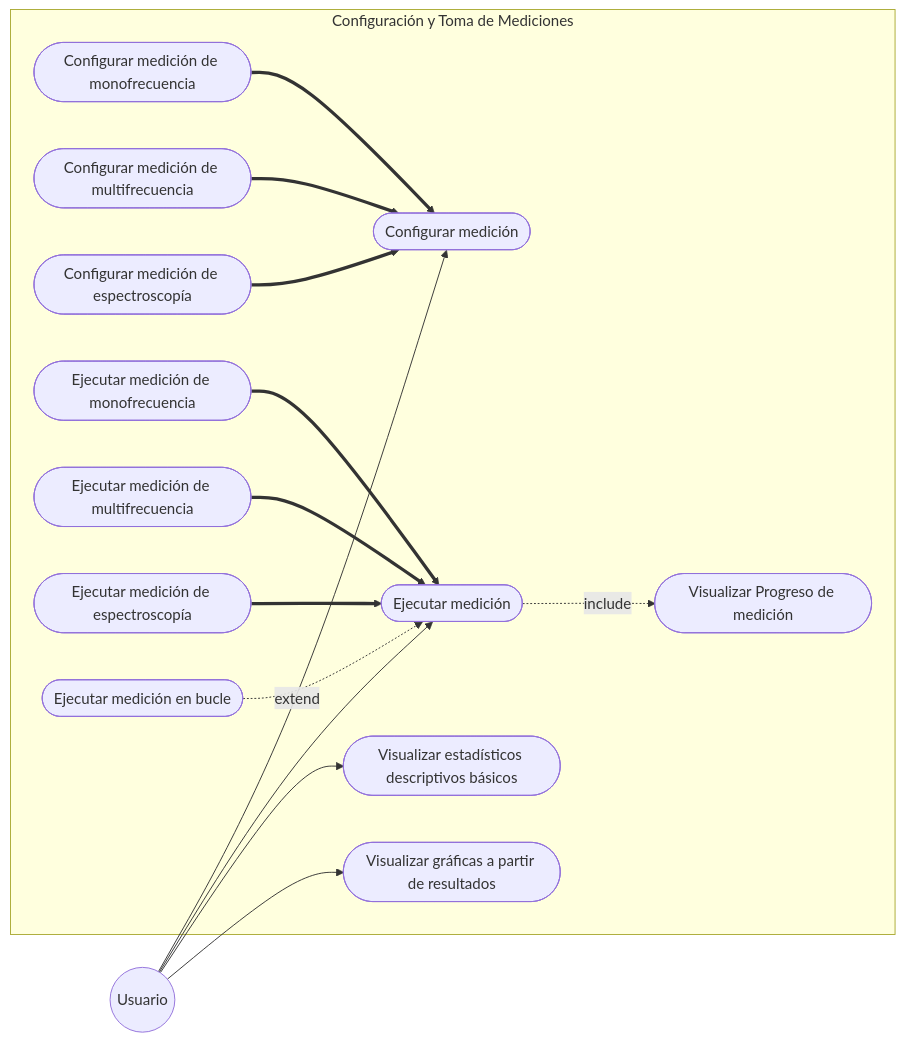
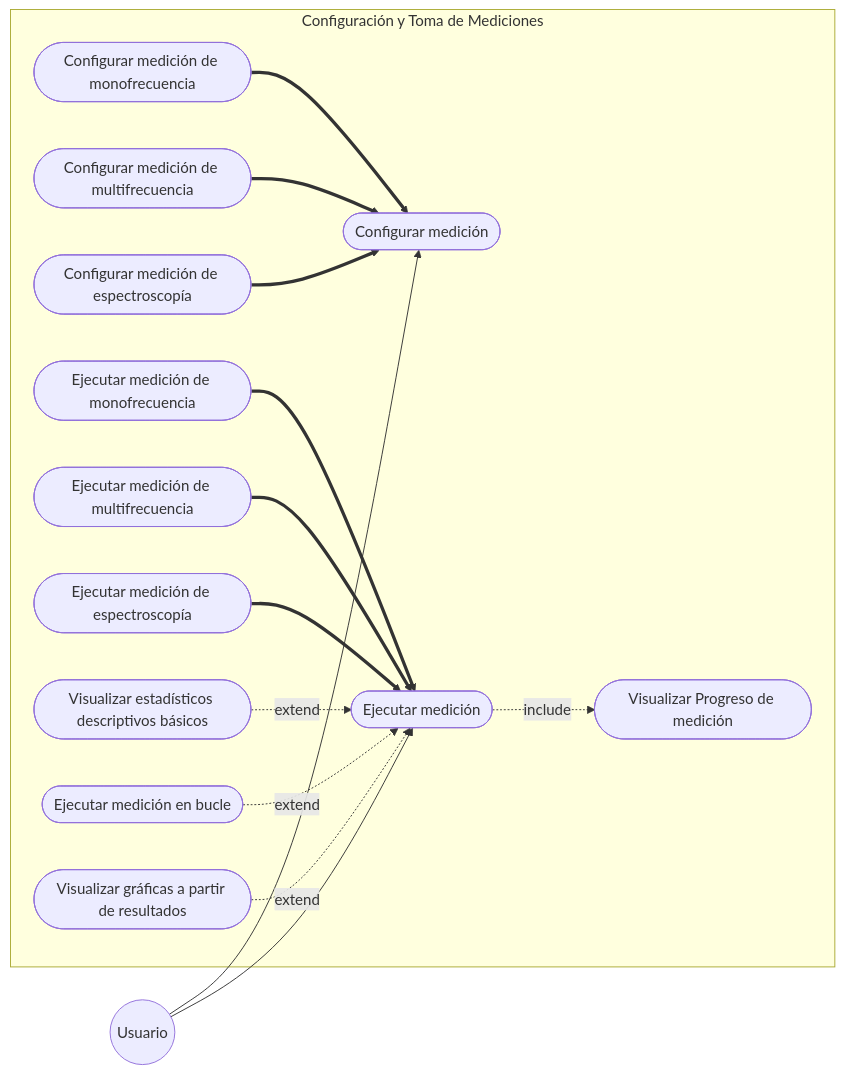
Before and after one commit to alegrelias/Repo-GMini: the third of 5 diagrams in Gmini-MarkDown/Diagramas/Diagramas de CU.md, drawn with Mermaid. The commit also changed other lines of this file, not shown here.

Commit message:
Se modifican diagramas de CU

````diff
--- a/Gmini-MarkDown/Diagramas/Diagramas de CU.md
+++ b/Gmini-MarkDown/Diagramas/Diagramas de CU.md
@@ -46,39 +46,39 @@
 ```mermaid
 flowchart LR
 %% Actores
 Usuario((Usuario))
 
 subgraph Configuración y Toma de Mediciones
 	CU1([Configurar medición])
 	CU2([Configurar medición de monofrecuencia])
 	CU3([Configurar medición de multifrecuencia])
 	CU4([Configurar medición de espectroscopía])
 	CU5([Ejecutar medición])
 	CU6([Ejecutar medición de monofrecuencia])
 	CU7([Ejecutar medición de multifrecuencia])
 	CU8([Ejecutar medición de espectroscopía])
 	CU9([Visualizar Progreso de medición])
 	CU10([Visualizar estadísticos descriptivos básicos])
 	CU11([Ejecutar medición en bucle])
 	CU12([Visualizar gráficas a partir de resultados])
 end
 
 %% Generalización
 CU2 ==> CU1
 CU3 ==> CU1
 CU4 ==> CU1
 CU6 ==> CU5
 CU7 ==> CU5
 CU8 ==> CU5
 
 
 %% Asociaciones
 Usuario --> CU1
 Usuario --> CU5
-Usuario --> CU10
-Usuario --> CU12
 
 %% Relaciones Include/Extend
 CU5 -.include.-> CU9
+CU10 -.extend.-> CU5
 CU11 -.extend.-> CU5
+CU12 -.extend.-> CU5
 ```
````
